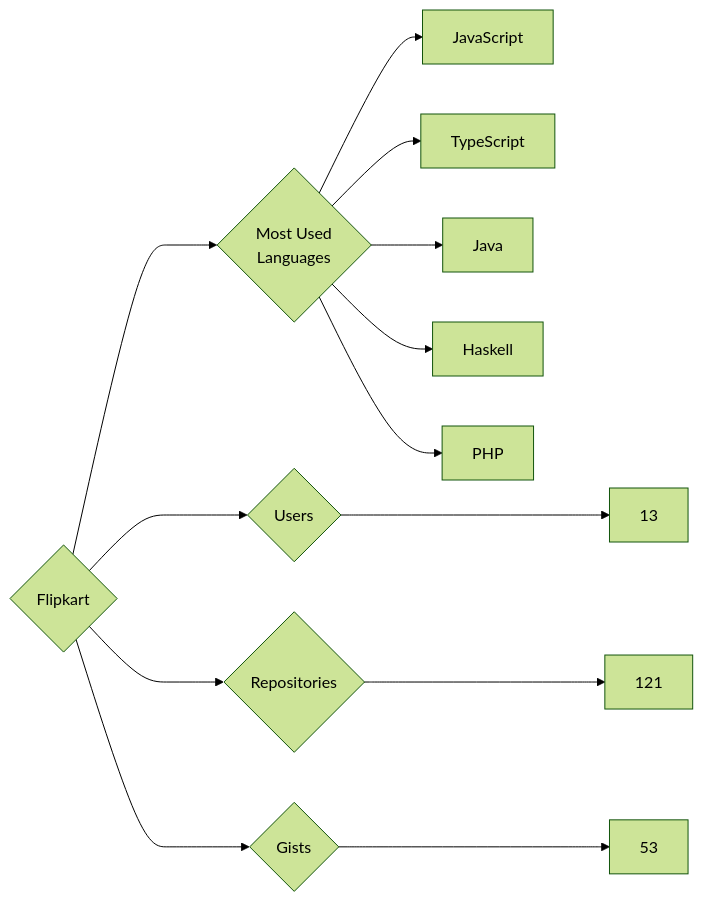
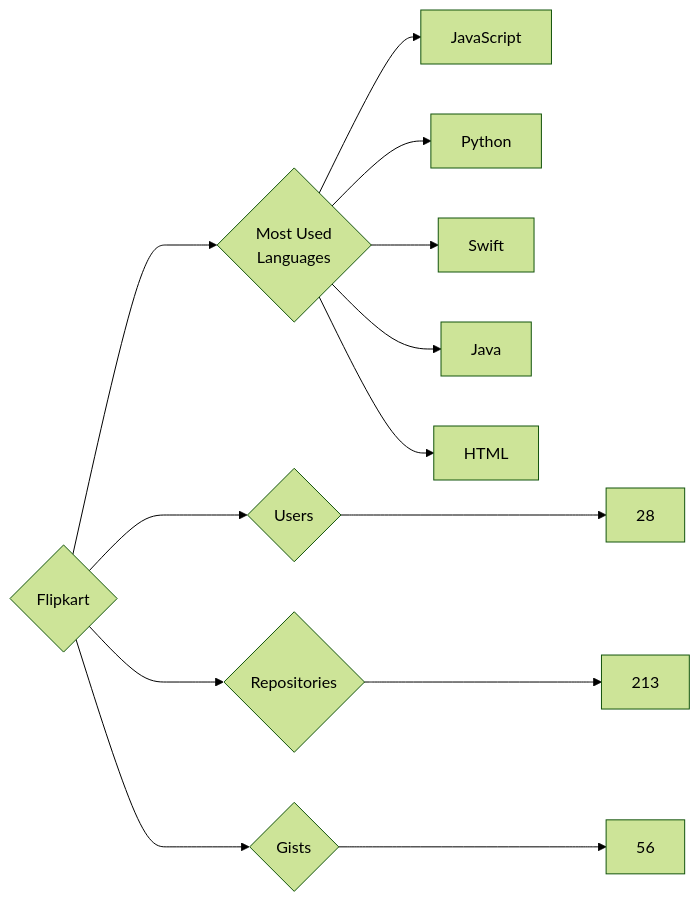
One commit to trickest/insiders changed the diagram in targets/Flipkart/README.md. Above: the diagram before and after it, drawn with Mermaid (forest theme). The commit also changed 757 other files, not shown here.

````diff
--- a/targets/Flipkart/README.md
+++ b/targets/Flipkart/README.md
@@ -3,13 +3,13 @@
 ```mermaid
 graph LR
 COMPANY_NAME{Flipkart}
-COMPANY_NAME ---> U{Users} ---> UN[13]
-COMPANY_NAME ---> R{Repositories} ---> RN[121]
-COMPANY_NAME ---> G{Gists} ---> GN[53]
+COMPANY_NAME ---> U{Users} ---> UN[28]
+COMPANY_NAME ---> R{Repositories} ---> RN[213]
+COMPANY_NAME ---> G{Gists} ---> GN[56]
 COMPANY_NAME ---> ML{Most Used<br>Languages}
 ML --> JavaScript[JavaScript]
-ML --> TypeScript[TypeScript]
+ML --> Python[Python]
+ML --> Swift[Swift]
 ML --> Java[Java]
-ML --> Haskell[Haskell]
-ML --> PHP[PHP]
+ML --> HTML[HTML]
 ```
````
